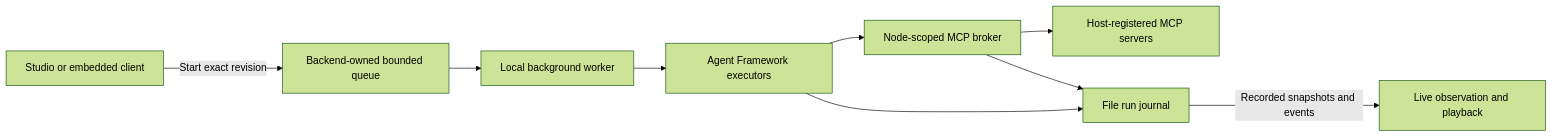
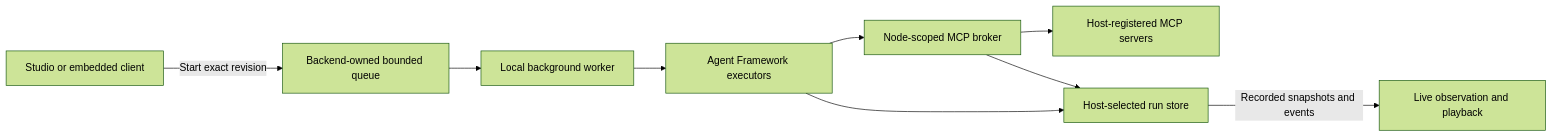
Before and after one commit to gnalvesteffer/visual-agent-workflow: the third of 3 diagrams in docs/architecture.md, drawn with Mermaid (forest theme). The commit also changed other lines of this file and 30 other files, not shown here.

````diff
--- a/docs/architecture.md
+++ b/docs/architecture.md
@@ -63,11 +64,11 @@
 ```mermaid
 flowchart LR
     Editor["Studio or embedded client"] -->|"Start exact revision"| Queue["Backend-owned bounded queue"]
     Queue --> Worker["Local background worker"]
     Worker --> Framework["Agent Framework executors"]
     Framework --> Broker["Node-scoped MCP broker"]
     Broker --> Tools["Host-registered MCP servers"]
-    Framework --> Journal["File run journal"]
+    Framework --> Journal["Host-selected run store"]
     Broker --> Journal
     Journal -->|"Recorded snapshots and events"| Viewer["Live observation and playback"]
 ```
````
